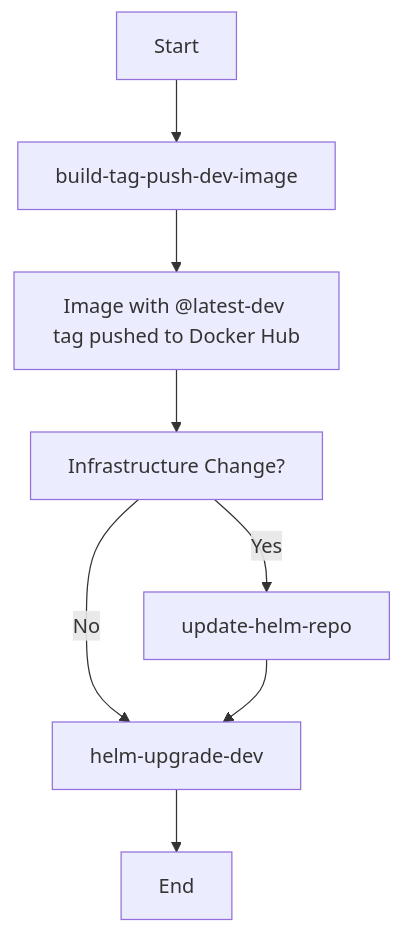
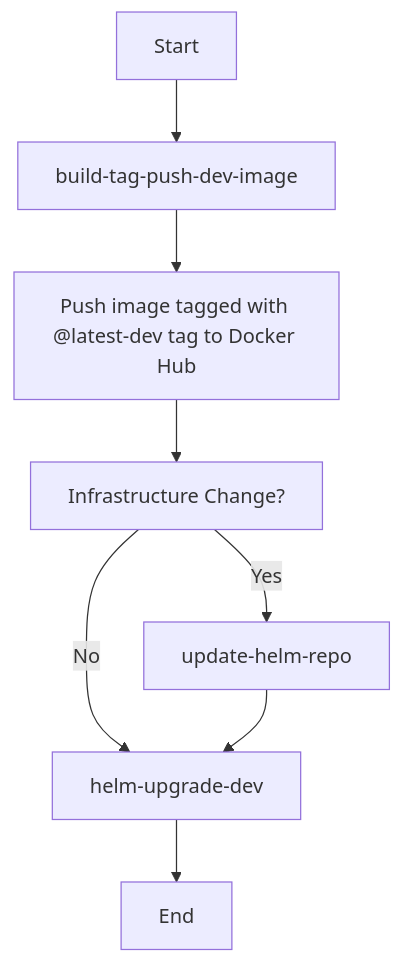
The diagram in docs/ci.md (titan-syndicate/glowing-system), drawn with Mermaid before and after one commit.

Commit message:
update diagram

````diff
--- a/docs/ci.md
+++ b/docs/ci.md
@@ -36,11 +36,11 @@
 ```mermaid
 graph TD
     A[Start] --> B[build-tag-push-dev-image]
-    B --> C[Image with @latest-dev tag pushed to Docker Hub]
+    B --> C[Push image tagged with @latest-dev tag to Docker Hub]
     D[Infrastructure Change?]
     C --> D
     D -- Yes --> E[update-helm-repo]
     D -- No --> F[helm-upgrade-dev]
     E --> F
     F --> G[End]
 ```
````
